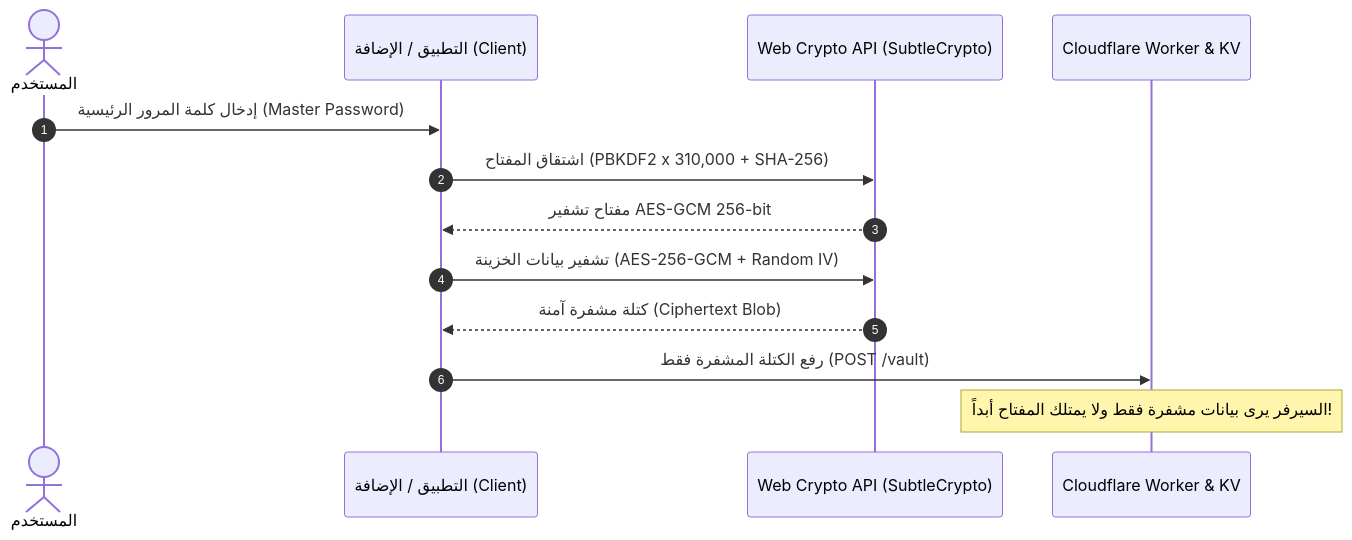
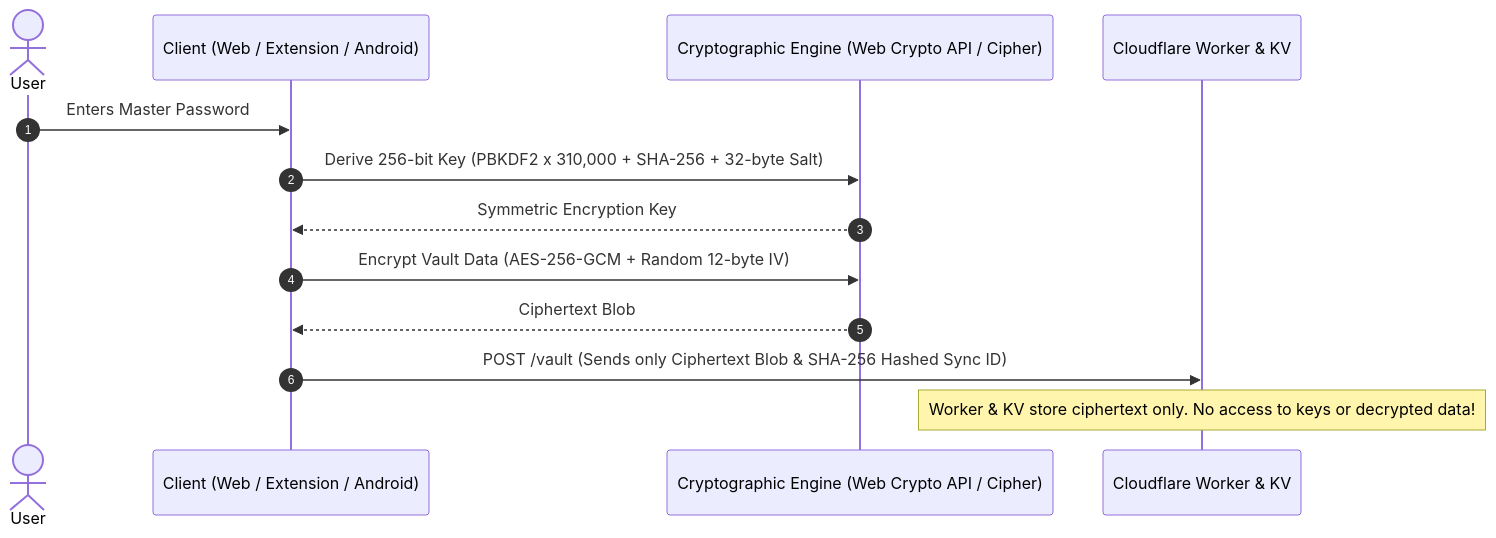
The diagram in README.md (reyad-dev/reword-app), drawn with Mermaid before and after one commit. The commit also changed other lines of this file and 6 other files, not shown here.

````diff
--- a/README.md
+++ b/README.md
@@ -109,16 +473,16 @@
 ```mermaid
 sequenceDiagram
     autonumber
-    actor User as المستخدم
-    participant Client as التطبيق / الإضافة (Client)
-    participant Crypto as Web Crypto API (SubtleCrypto)
+    actor User as User
+    participant Client as Client (Web / Extension / Android)
+    participant Crypto as Cryptographic Engine (Web Crypto API / Cipher)
     participant Worker as Cloudflare Worker & KV
 
-    User->>Client: إدخال كلمة المرور الرئيسية (Master Password)
-    Client->>Crypto: اشتقاق المفتاح (PBKDF2 x 310,000 + SHA-256)
-    Crypto-->>Client: مفتاح تشفير AES-GCM 256-bit
-    Client->>Crypto: تشفير بيانات الخزينة (AES-256-GCM + Random IV)
-    Crypto-->>Client: كتلة مشفرة آمنة (Ciphertext Blob)
-    Client->>Worker: رفع الكتلة المشفرة فقط (POST /vault)
-    Note over Worker: السيرفر يرى بيانات مشفرة فقط ولا يمتلك المفتاح أبداً!
+    User->>Client: Enters Master Password
+    Client->>Crypto: Derive 256-bit Key (PBKDF2 x 310,000 + SHA-256 + 32-byte Salt)
+    Crypto-->>Client: Symmetric Encryption Key
+    Client->>Crypto: Encrypt Vault Data (AES-256-GCM + Random 12-byte IV)
+    Crypto-->>Client: Ciphertext Blob
+    Client->>Worker: POST /vault (Sends only Ciphertext Blob & SHA-256 Hashed Sync ID)
+    Note over Worker: Worker & KV store ciphertext only. No access to keys or decrypted data!
 ```
````
